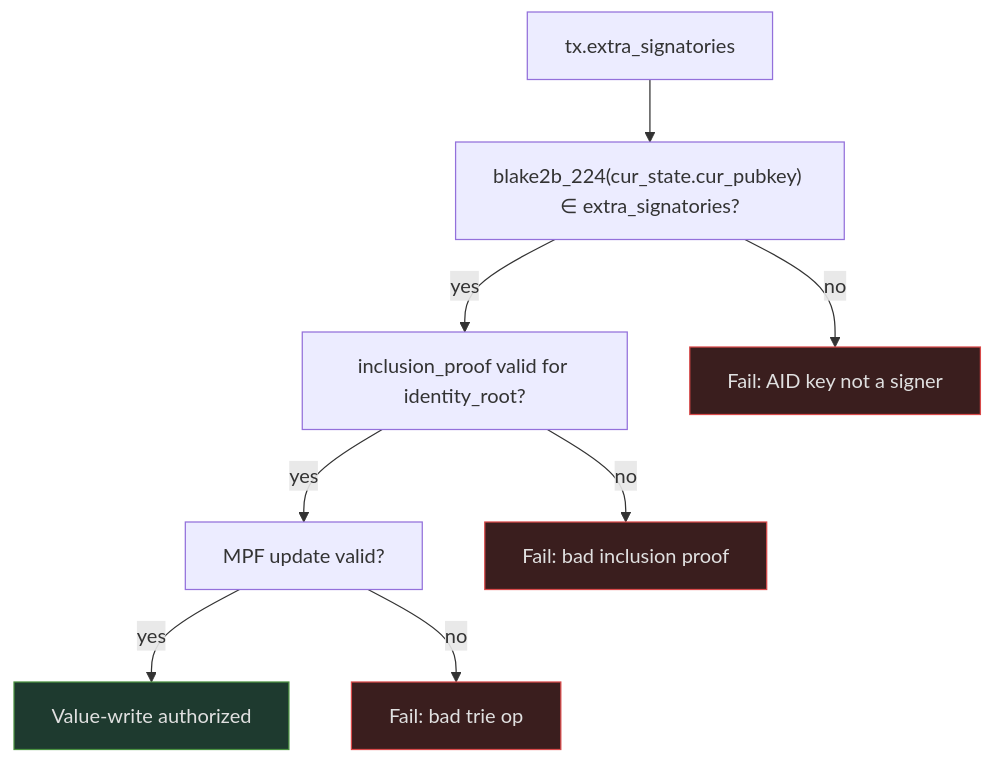
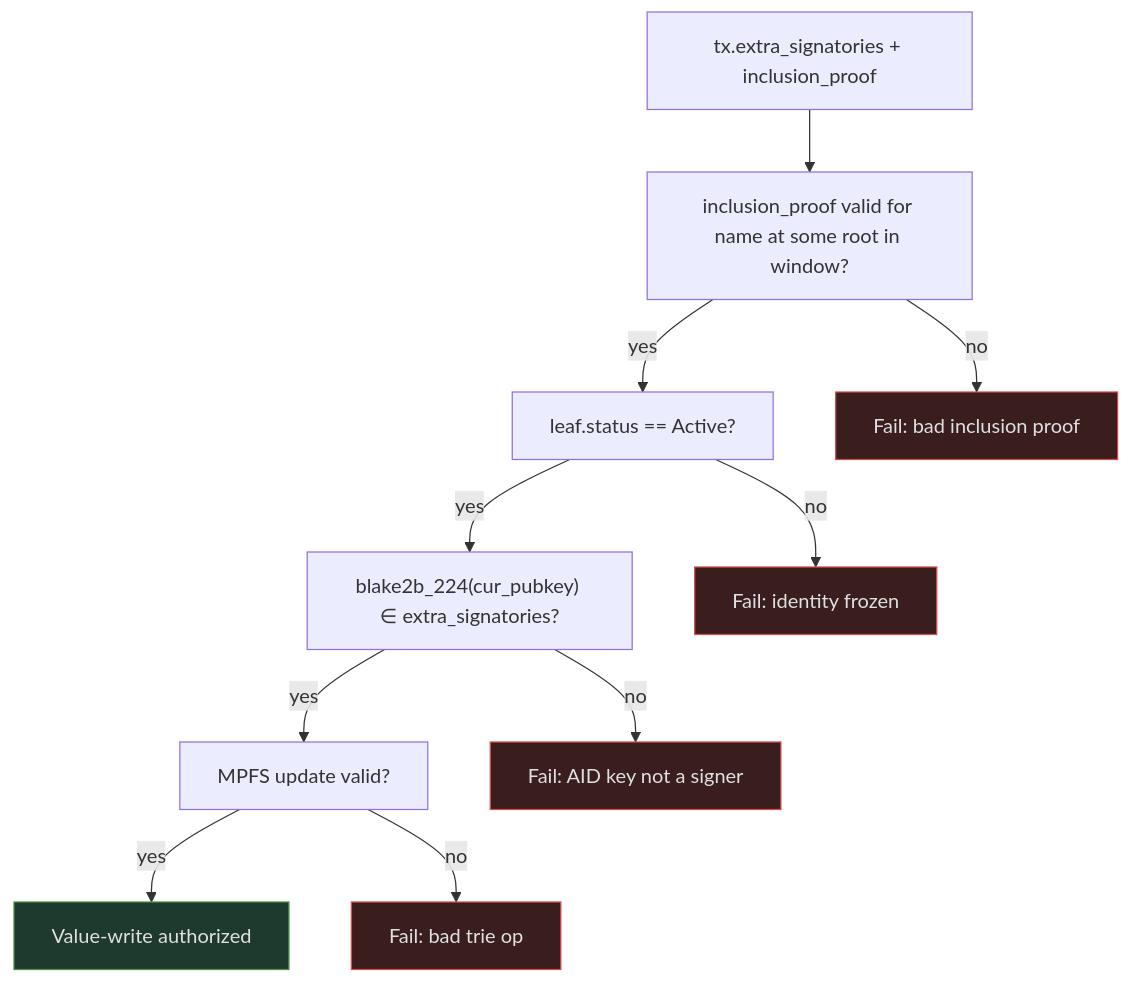
The second of 2 diagrams in docs/architecture/value-auth.md (lambdasistemi/cardano-keri), drawn with Mermaid before and after one commit. The commit also changed other lines of this file and 3 other files, not shown here.

First line of the commit message:
docs: redesign architecture for oracle-controlled per-company MPFS registry

````diff
--- a/docs/architecture/value-auth.md
+++ b/docs/architecture/value-auth.md
@@ -77,16 +84,19 @@
 ```mermaid
 flowchart TD
-    A["tx.extra_signatories"] --> B
-    B["blake2b_224(cur_state.cur_pubkey) ∈ extra_signatories?"]
-    B -->|yes| C["inclusion_proof valid for identity_root?"]
-    B -->|no| FAIL1["Fail: AID key not a signer"]
-    C -->|yes| D["MPF update valid?"]
-    C -->|no| FAIL2["Fail: bad inclusion proof"]
-    D -->|yes| OK["Value-write authorized"]
-    D -->|no| FAIL3["Fail: bad trie op"]
+    A["tx.extra_signatories + inclusion_proof"] --> B
+    B["inclusion_proof valid for name at some root in window?"]
+    B -->|yes| C["leaf.status == Active?"]
+    B -->|no| FAIL1["Fail: bad inclusion proof"]
+    C -->|yes| D["blake2b_224(cur_pubkey) ∈ extra_signatories?"]
+    C -->|no| FAIL2["Fail: identity frozen"]
+    D -->|yes| E["MPFS update valid?"]
+    D -->|no| FAIL3["Fail: AID key not a signer"]
+    E -->|yes| OK["Value-write authorized"]
+    E -->|no| FAIL4["Fail: bad trie op"]
 
     style OK fill:#1e3a2f,stroke:#4a9040,color:#e0e0e0
     style FAIL1 fill:#3a1e1e,stroke:#d94a4a,color:#e0e0e0
     style FAIL2 fill:#3a1e1e,stroke:#d94a4a,color:#e0e0e0
     style FAIL3 fill:#3a1e1e,stroke:#d94a4a,color:#e0e0e0
+    style FAIL4 fill:#3a1e1e,stroke:#d94a4a,color:#e0e0e0
 ```
````
